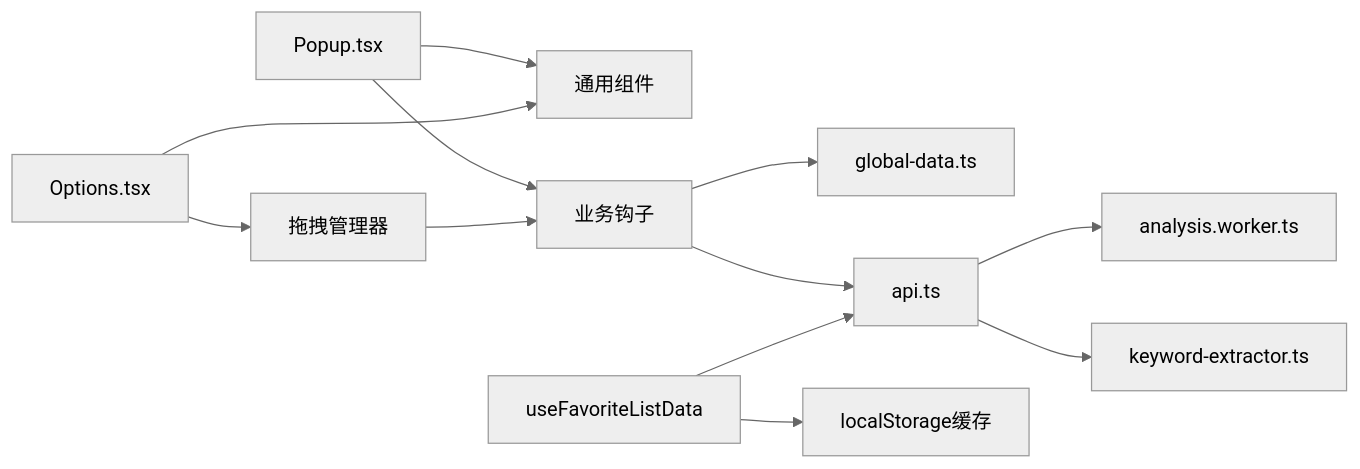
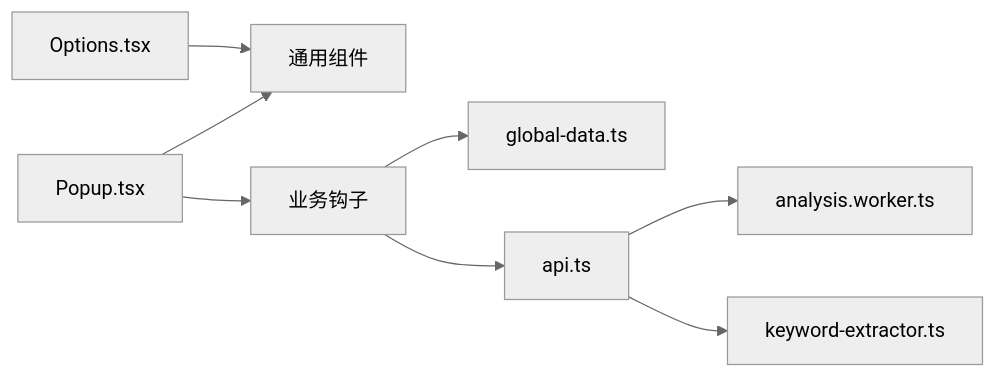
One commit to RadiumAg/bilibili-favorites changed the seventh of 7 diagrams in .qoder/repowiki/zh/content/核心功能模块/核心功能模块.md. Above: the diagram before and after it, drawn with Mermaid (neutral theme). The commit also changed other lines of this file and 27 other files, not shown here.

````diff
--- a/.qoder/repowiki/zh/content/核心功能模块/核心功能模块.md
+++ b/.qoder/repowiki/zh/content/核心功能模块/核心功能模块.md
@@ -377,14 +324,10 @@
 ```mermaid
 graph LR
 Popup["Popup.tsx"] --> Components["通用组件"]
 Popup --> Hooks["业务钩子"]
 Options["Options.tsx"] --> Components
-Options --> DragManager["拖拽管理器"]
-DragManager --> Hooks
 Hooks --> Store["global-data.ts"]
 Hooks --> API["api.ts"]
 API --> Worker["analysis.worker.ts"]
 API --> Extractor["keyword-extractor.ts"]
-useFavoriteListData["useFavoriteListData"] --> API
-useFavoriteListData --> LocalStorage["localStorage缓存"]
 ```
````
